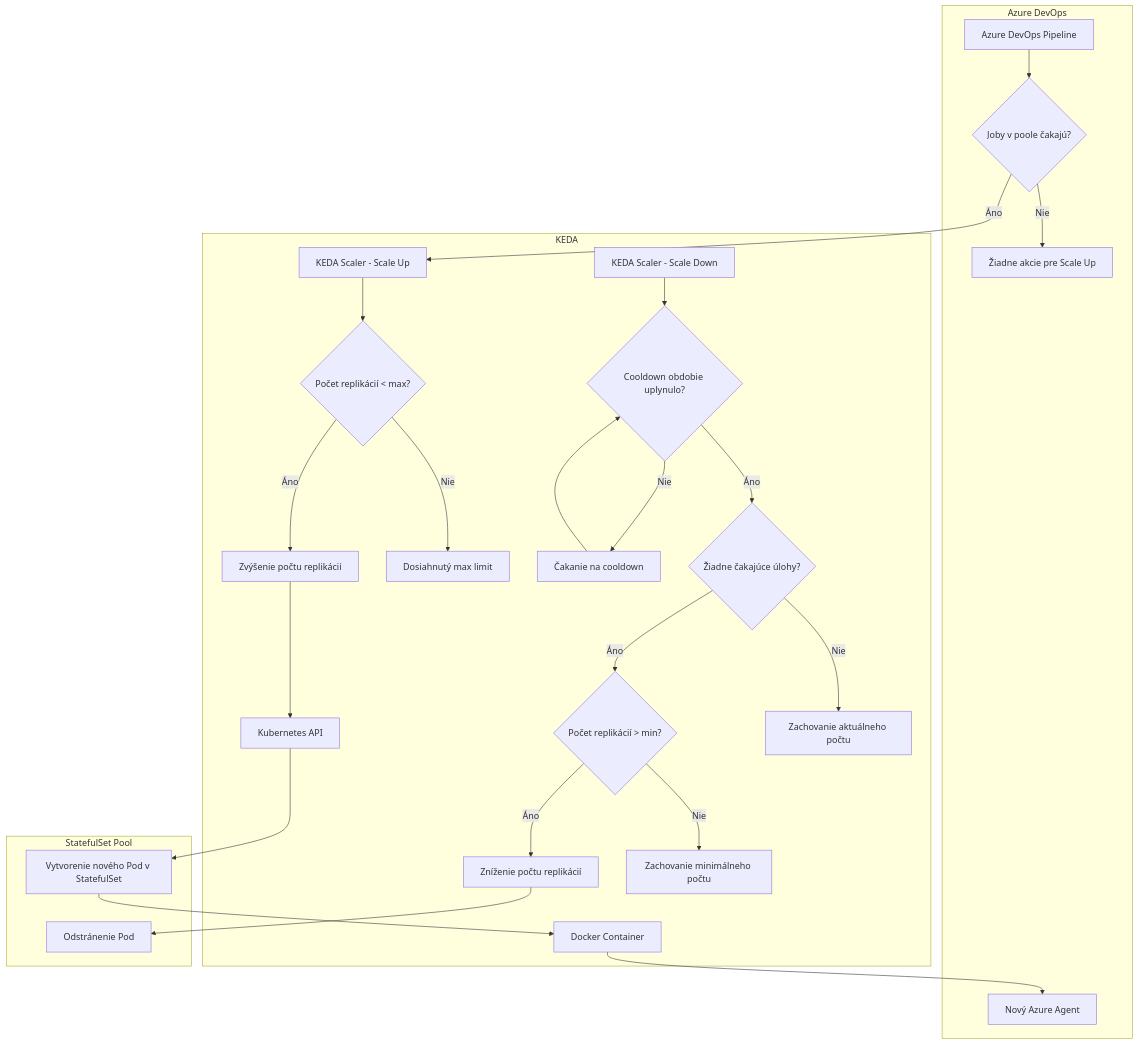
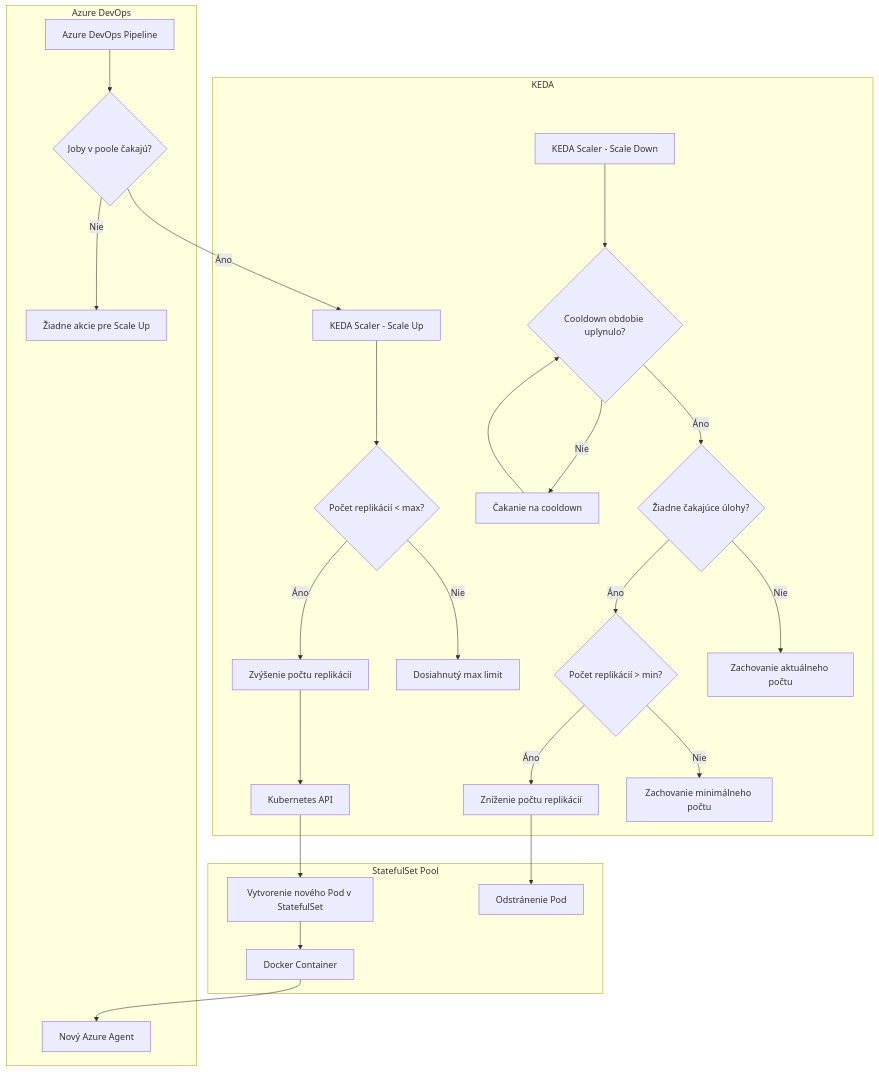
One commit to motycak/kros-sk.github.io changed the diagram in linuxmachine/user-documentation.md. Above: the diagram before and after it, drawn with Mermaid. The commit also changed other lines of this file, not shown here.

````diff
--- a/linuxmachine/user-documentation.md
+++ b/linuxmachine/user-documentation.md
@@ -39,56 +39,56 @@
 ```mermaid
 flowchart TD
     A[Azure DevOps Pipeline] --> B{Joby v poole čakajú?}
     B -->|Áno| C[KEDA Scaler - Scale Up]
     B -->|Nie| D[Žiadne akcie pre Scale Up]
     
     C --> F{Počet replikácií < max?}
     F -->|Áno| G[Zvýšenie počtu replikácií]
     F -->|Nie| H[Dosiahnutý max limit]
     
     G --> I[Kubernetes API]
     I --> J[Vytvorenie nového Pod v StatefulSet]
     J --> K[Docker Container]
     K --> L[Nový Azure Agent]
     
     %% Paralelná kontrola pre škálovanie nadol
     P[KEDA Scaler - Scale Down] --> Q{Cooldown obdobie uplynulo?}
     Q -->|Nie| R[Čakanie na cooldown]
     R --> Q
     Q -->|Áno| S{Žiadne čakajúce úlohy?}
     S -->|Áno| T{Počet replikácií > min?}
     T -->|Áno| U[Zníženie počtu replikácií]
     T -->|Nie| V[Zachovanie minimálneho počtu]
     S -->|Nie| W[Zachovanie aktuálneho počtu]
     
     U --> X[Odstránenie Pod]
     
     subgraph "KEDA"
         C
         F
         G
         H
         I
-        K
         P
         Q
         R
         S
         T
         U
         V
         W
     end
     
     subgraph "Azure DevOps"
         A
         B
         D
         L
     end
     
     subgraph "StatefulSet Pool"
         J
+        K
         X
     end
 ```
````
